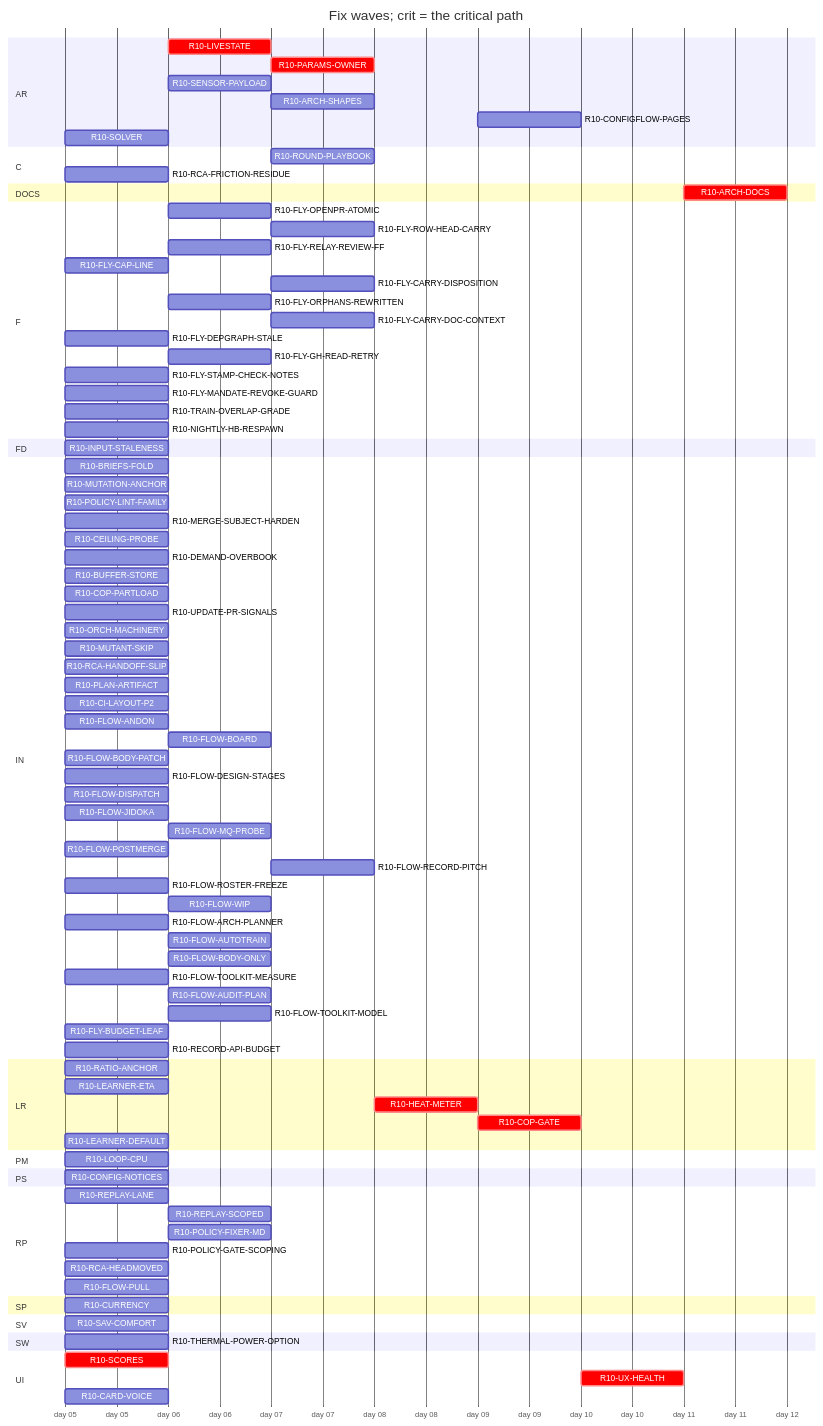
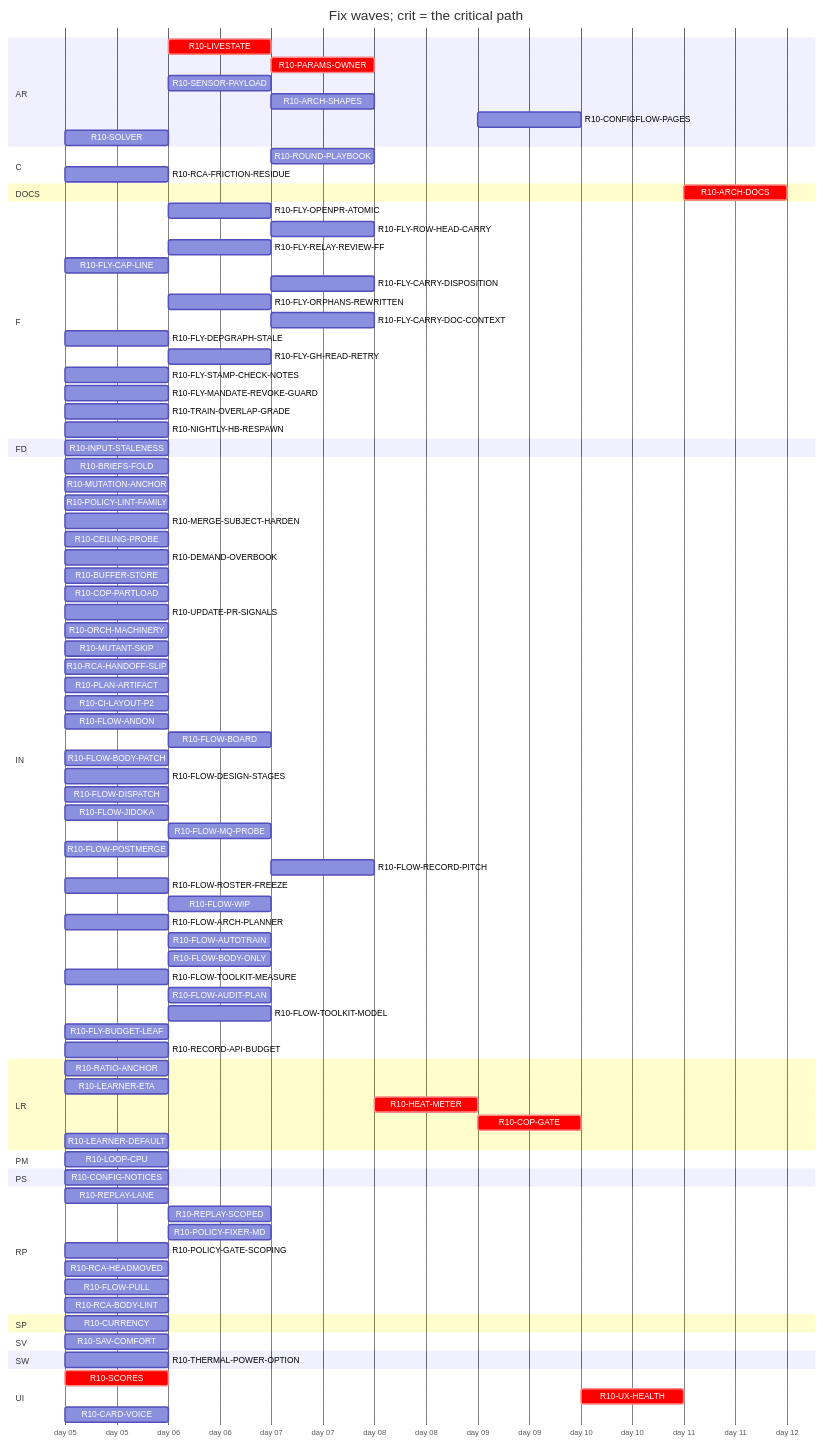
One commit to tvofi/heatpump_optimizer changed the diagram in handoff/round10/state/PLAN-TABLE.md. Above: the diagram before and after it, drawn with Mermaid. The commit also changed other lines of this file and 2 other files, not shown here.

```diff
--- a/handoff/round10/state/PLAN-TABLE.md
+++ b/handoff/round10/state/PLAN-TABLE.md
@@ -108,6 +108,7 @@
     R10-POLICY-GATE-SCOPING :r10POLICYGATESCOPING, 2026-01-05, 1d
     R10-RCA-HEADMOVED :r10RCAHEADMOVED, 2026-01-05, 1d
     R10-FLOW-PULL :r10FLOWPULL, 2026-01-05, 1d
+    R10-RCA-BODY-LINT :r10RCABODYLINT, 2026-01-05, 1d
   section SP
     R10-CURRENCY :r10CURRENCY, 2026-01-05, 1d
   section SV
```
